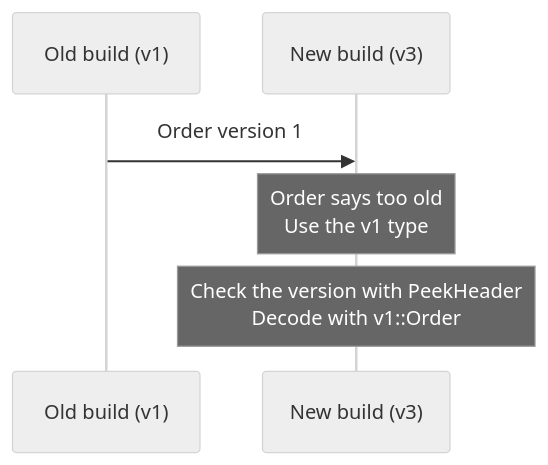
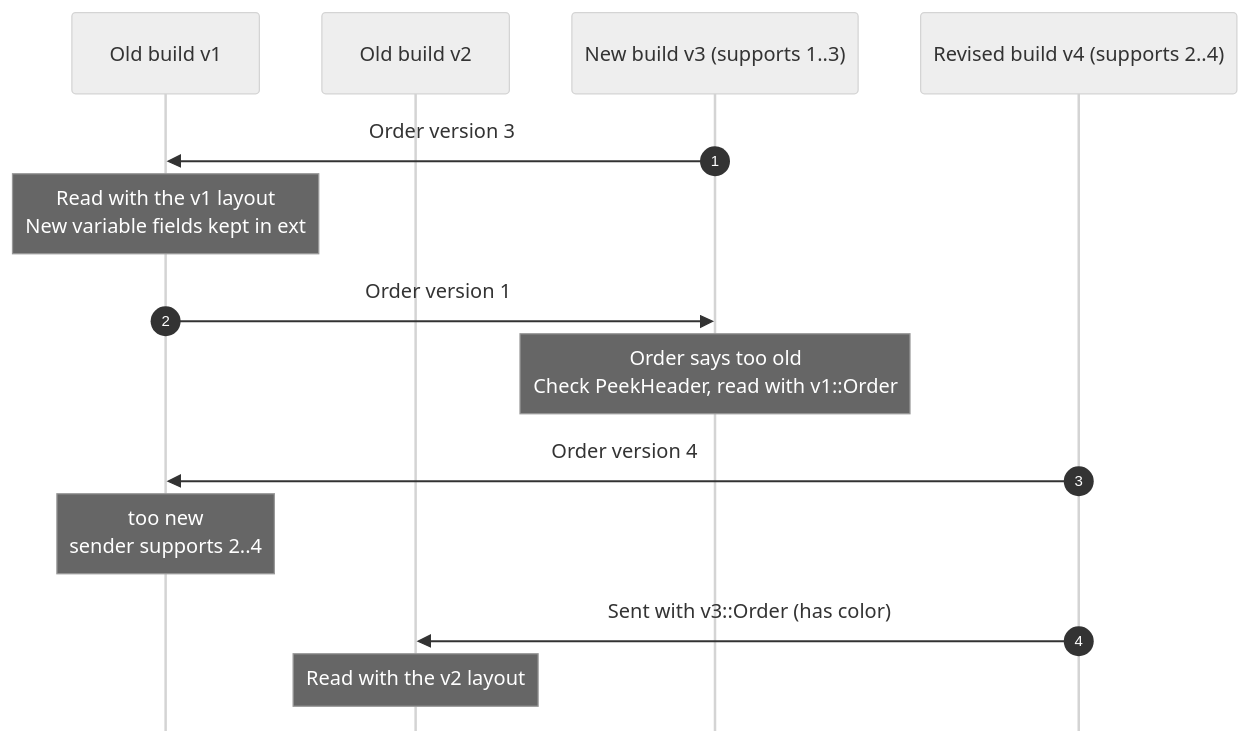
The diagram in README.md (splendidz/protaco), drawn with Mermaid (neutral theme) before and after one commit. The commit also changed other lines of this file and 9 other files, not shown here.

Commit message:
README: zero-copy benchmark near the top (figure, booktabs table), mixed-deployment section, receive checks as pseudocode, one deployment diagram, measured Serialize reuse

````diff
--- a/README.md
+++ b/README.md
@@ -1015,8 +1013,17 @@
 ```mermaid
+%%{init: {"sequence": {"mirrorActors": false}}}%%
 sequenceDiagram
-    participant O as Old build (v1)
-    participant N as New build (v3)
-    O->>N: Order version 1
-    Note over N: Order says too old<br/>Use the v1 type
-    Note over N: Check the version with PeekHeader<br/>Decode with v1::Order
+    autonumber
+    participant V1 as Old build v1
+    participant V2 as Old build v2
+    participant V3 as New build v3 (supports 1..3)
+    participant V4 as Revised build v4 (supports 2..4)
+    V3->>V1: Order version 3
+    Note over V1: Read with the v1 layout<br/>New variable fields kept in ext
+    V1->>V3: Order version 1
+    Note over V3: Order says too old<br/>Check PeekHeader, read with v1::Order
+    V4->>V1: Order version 4
+    Note over V1: too new<br/>sender supports 2..4
+    V4->>V2: Sent with v3::Order (has color)
+    Note over V2: Read with the v2 layout
 ```
````
